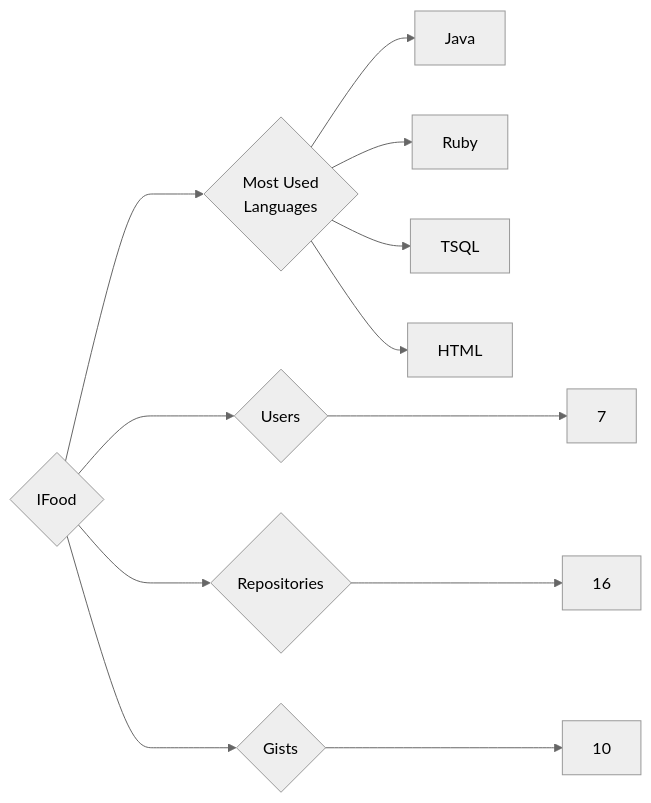
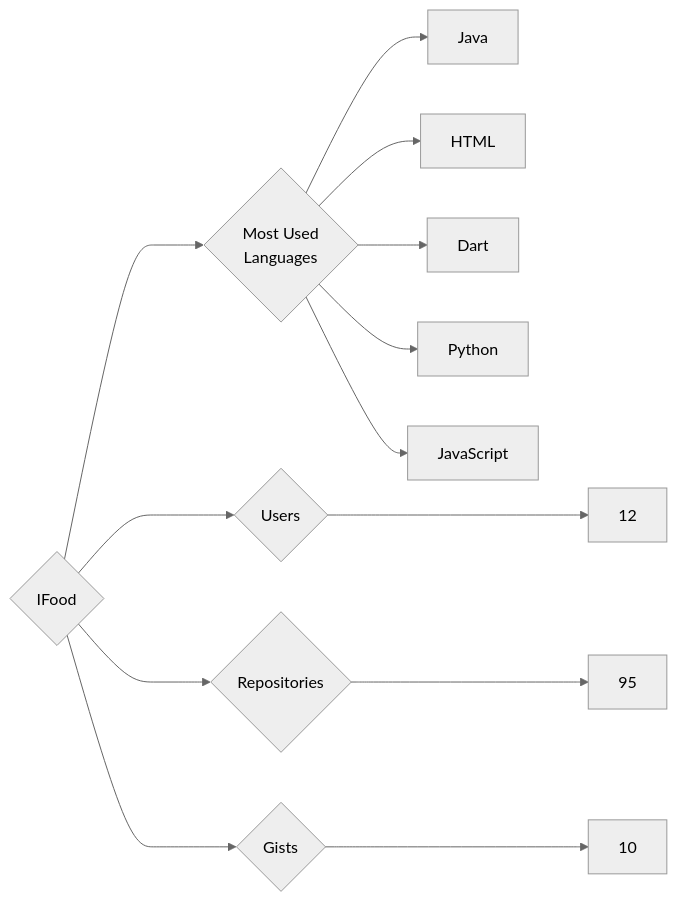
Before and after one commit to trickest/insiders: the diagram in targets/IFood/README.md, drawn with Mermaid (neutral theme). The commit also changed 1123 other files, not shown here.

````diff
--- a/targets/IFood/README.md
+++ b/targets/IFood/README.md
@@ -3,12 +3,13 @@
 ```mermaid
 graph LR
 COMPANY_NAME{IFood}
-COMPANY_NAME ---> U{Users} ---> UN[7]
-COMPANY_NAME ---> R{Repositories} ---> RN[16]
+COMPANY_NAME ---> U{Users} ---> UN[12]
+COMPANY_NAME ---> R{Repositories} ---> RN[95]
 COMPANY_NAME ---> G{Gists} ---> GN[10]
 COMPANY_NAME ---> ML{Most Used<br>Languages}
 ML --> Java[Java]
-ML --> Ruby[Ruby]
-ML --> TSQL[TSQL]
 ML --> HTML[HTML]
+ML --> Dart[Dart]
+ML --> Python[Python]
+ML --> JavaScript[JavaScript]
 ```
````
